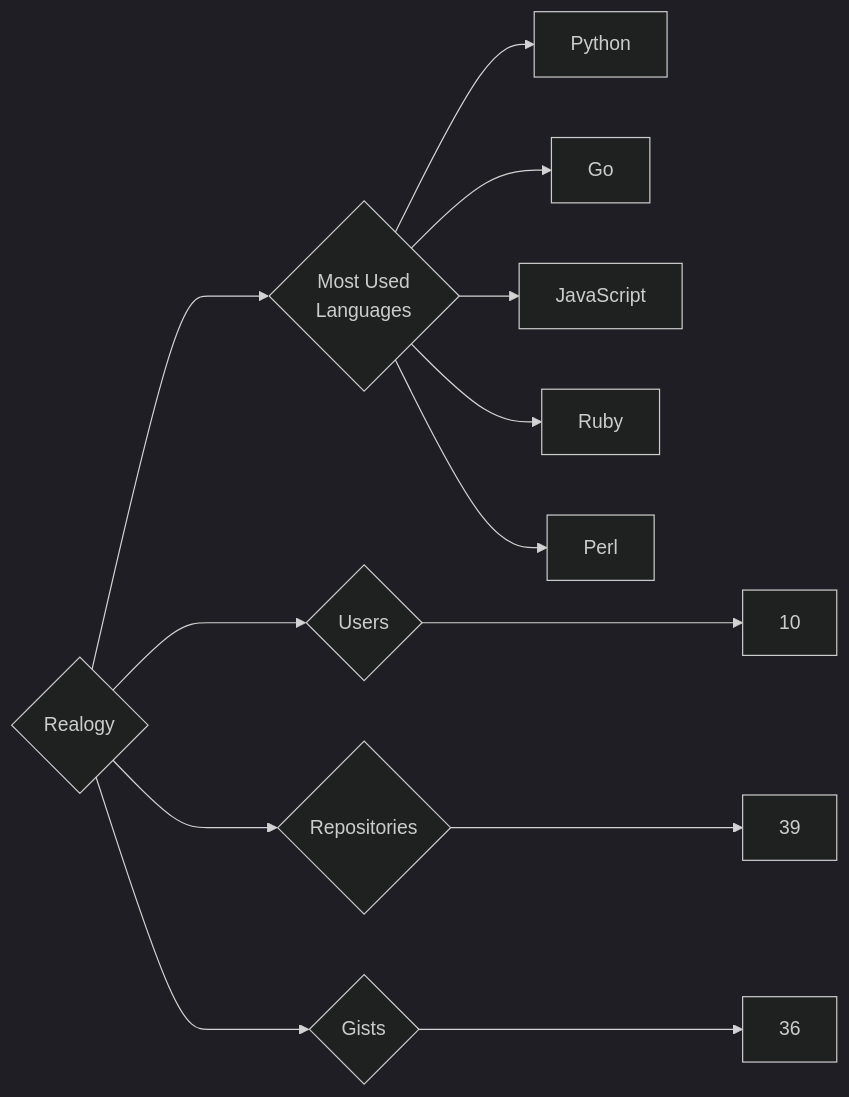
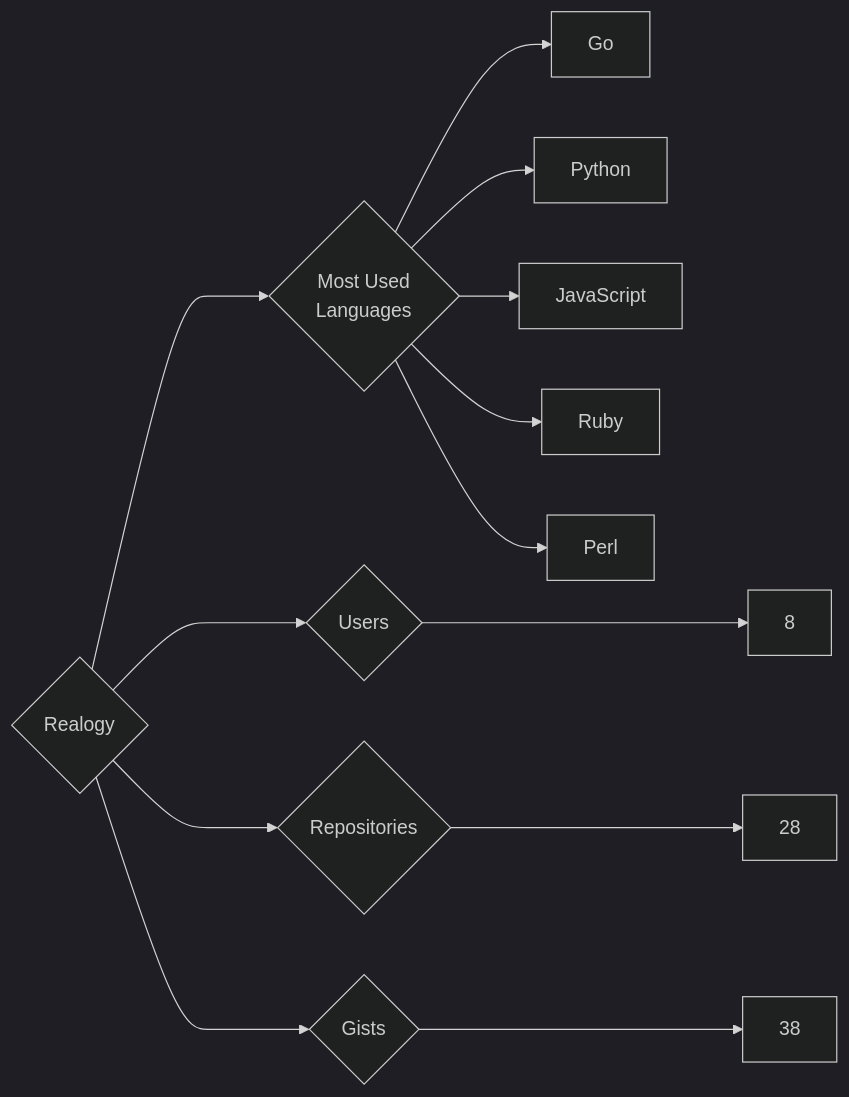
One commit to trickest/insiders changed the diagram in targets/Realogy/README.md. Above: the diagram before and after it, drawn with Mermaid (dark theme). The commit also changed 1484 other files, not shown here.

````diff
--- a/targets/Realogy/README.md
+++ b/targets/Realogy/README.md
@@ -3,13 +3,13 @@
 ```mermaid
 graph LR
 COMPANY_NAME{Realogy}
-COMPANY_NAME ---> U{Users} ---> UN[10]
-COMPANY_NAME ---> R{Repositories} ---> RN[39]
-COMPANY_NAME ---> G{Gists} ---> GN[36]
+COMPANY_NAME ---> U{Users} ---> UN[8]
+COMPANY_NAME ---> R{Repositories} ---> RN[28]
+COMPANY_NAME ---> G{Gists} ---> GN[38]
 COMPANY_NAME ---> ML{Most Used<br>Languages}
+ML --> Go[Go]
 ML --> Python[Python]
-ML --> Go[Go]
 ML --> JavaScript[JavaScript]
 ML --> Ruby[Ruby]
 ML --> Perl[Perl]
 ```
````
